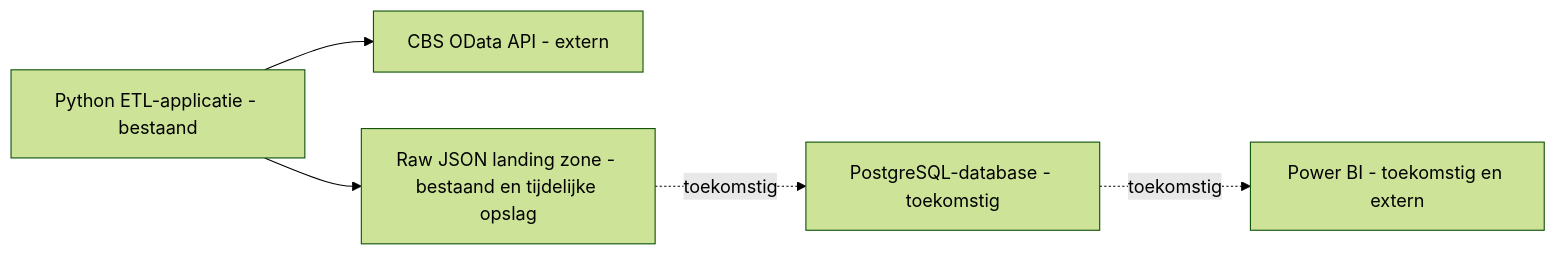
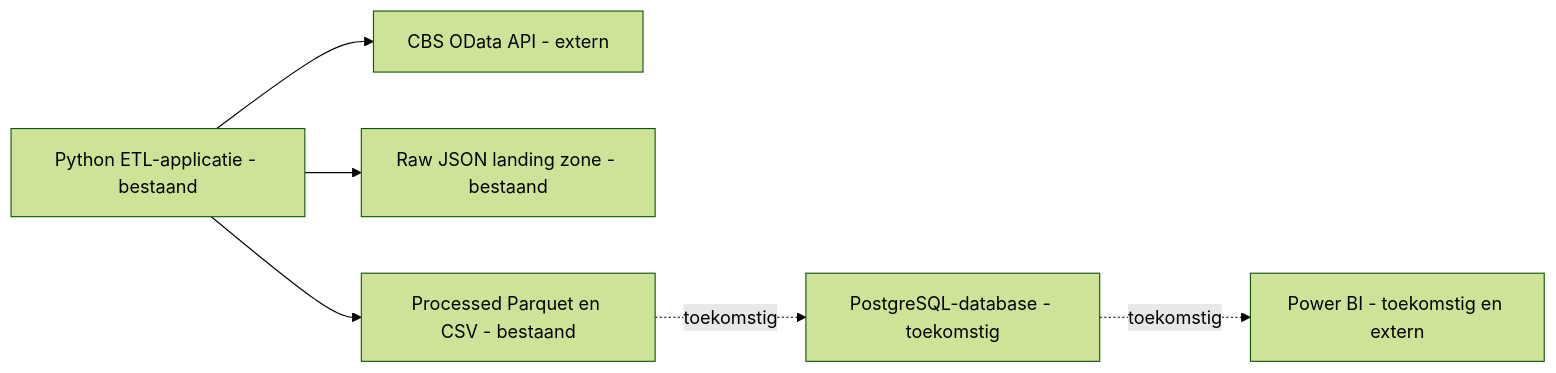
The second of 5 diagrams in docs/architecture.md (salahooo/gemeente-data-platform), drawn with Mermaid (forest theme) before and after one commit. The commit also changed other lines of this file and 15 other files, not shown here.

````diff
--- a/docs/architecture.md
+++ b/docs/architecture.md
@@ -29,7 +25,8 @@
 ```mermaid
 flowchart LR
     etl[Python ETL-applicatie - bestaand] --> cbs[CBS OData API - extern]
-    etl --> raw[Raw JSON landing zone - bestaand en tijdelijke opslag]
-    raw -. toekomstig .-> postgres[PostgreSQL-database - toekomstig]
+    etl --> raw[Raw JSON landing zone - bestaand]
+    etl --> processed[Processed Parquet en CSV - bestaand]
+    processed -. toekomstig .-> postgres[PostgreSQL-database - toekomstig]
     postgres -. toekomstig .-> powerbi[Power BI - toekomstig en extern]
 ```
````
